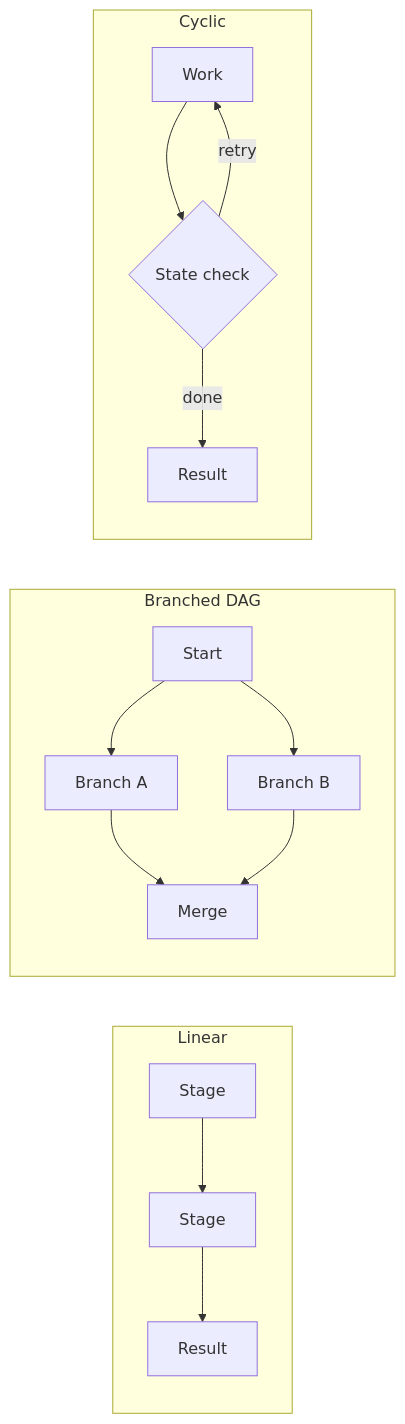
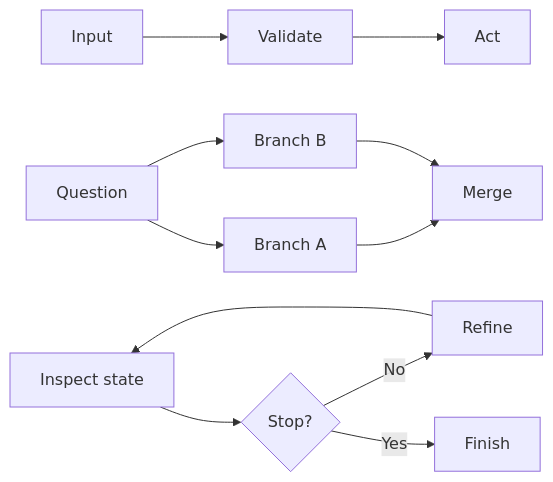
One commit to Herbertcuba/herbertcuba-personal-blog changed the first of 2 diagrams in src/drafts/df3f4646.md. Above: the diagram before and after it, drawn with Mermaid. The commit also changed other lines of this file, not shown here.

Commit message:
draft(t_3af0b546): Use a Pipeline Until the Work Proves It Needs a Graph

````diff
--- a/src/drafts/df3f4646.md
+++ b/src/drafts/df3f4646.md
@@ -14,17 +38,12 @@
 ```mermaid
 flowchart LR
-  subgraph Linear
-    L1[Stage] --> L2[Stage] --> L3[Result]
-  end
-  subgraph Branched_DAG[Branched DAG]
-    D1[Start] --> D2[Branch A]
-    D1 --> D3[Branch B]
-    D2 --> D4[Merge]
-    D3 --> D4
-  end
-  subgraph Cyclic
-    C1[Work] --> C2{State check}
-    C2 -->|retry| C1
-    C2 -->|done| C3[Result]
-  end
+  P1[Input] --> P2[Validate] --> P3[Act]
+  D1[Question] --> D2[Branch A]
+  D1 --> D3[Branch B]
+  D2 --> D4[Merge]
+  D3 --> D4
+  C1[Inspect state] --> C2{Stop?}
+  C2 -- No --> C3[Refine]
+  C3 --> C1
+  C2 -- Yes --> C4[Finish]
 ```
````
